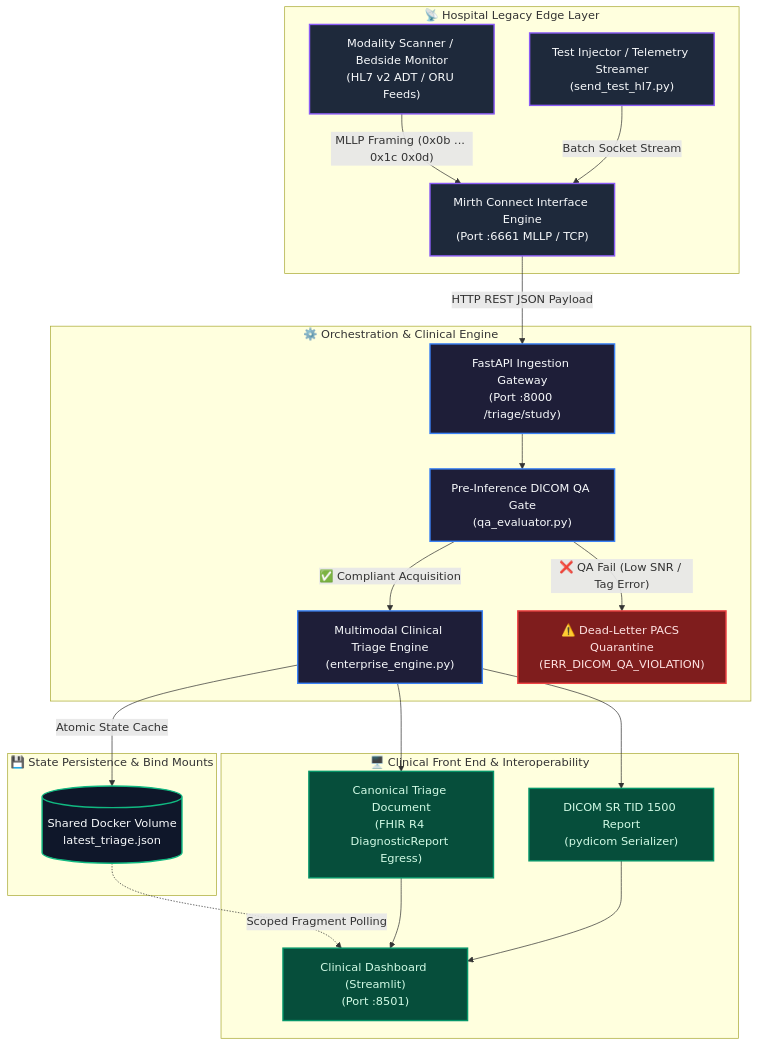
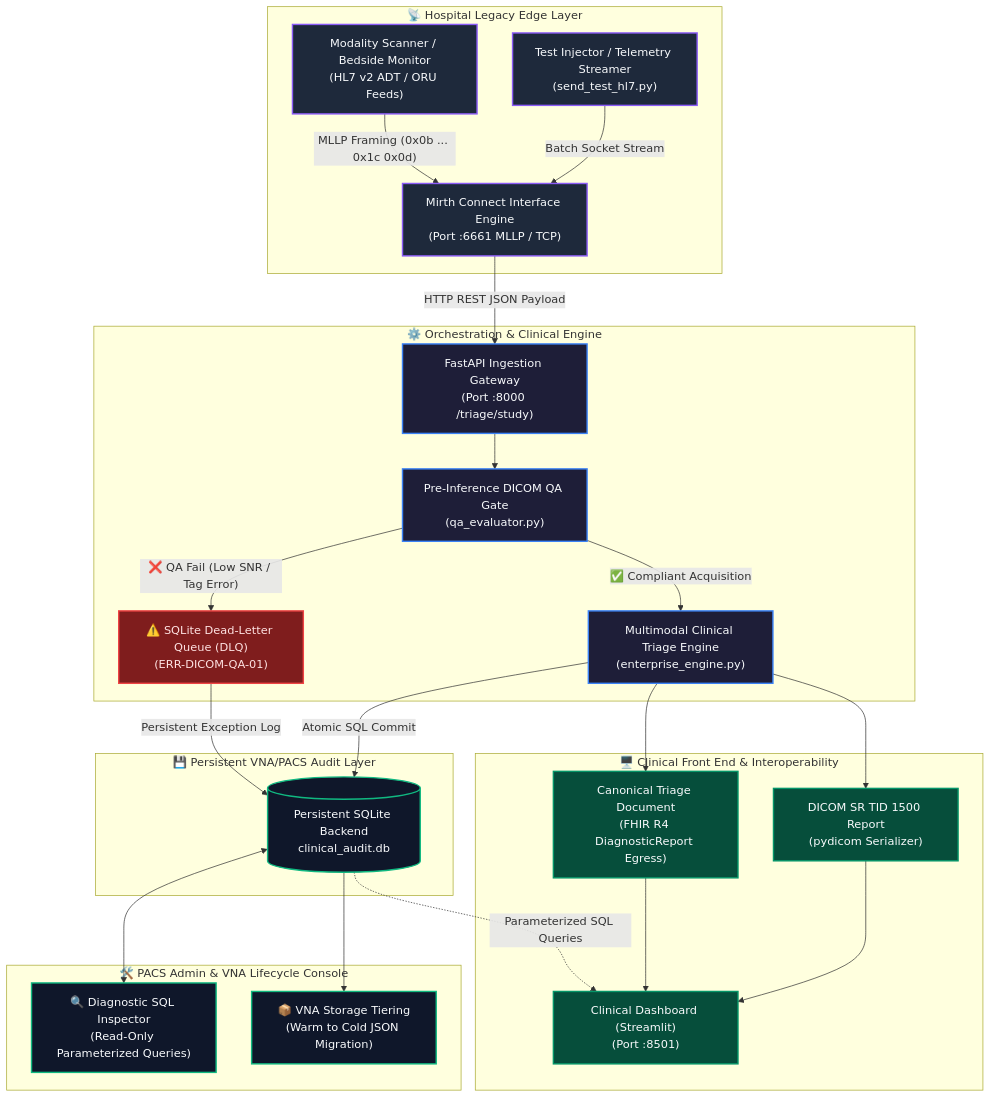
The diagram in README.md (dammyoguntuyi-ui/Clinical-AI-Triage-Pipeline), drawn with Mermaid before and after one commit. The commit also changed other lines of this file and 2 other files, not shown here.

Commit message:
docs: update README with persistent SQLite architecture, DLQ, SQL inspector, and VNA storage tiering

````diff
--- a/README.md
+++ b/README.md
@@ -36,52 +38,61 @@
 ```mermaid
 flowchart TD
     subgraph Ingress["📡 Hospital Legacy Edge Layer"]
         Scanner["Modality Scanner / Bedside Monitor<br/>(HL7 v2 ADT / ORU Feeds)"]
         Streamer["Test Injector / Telemetry Streamer<br/>(send_test_hl7.py)"]
         Mirth["Mirth Connect Interface Engine<br/>(Port :6661 MLLP / TCP)"]
         
         Scanner -->|"MLLP Framing (0x0b ... 0x1c 0x0d)"| Mirth
         Streamer -->|"Batch Socket Stream"| Mirth
     end
 
     subgraph Orchestration["⚙️ Orchestration & Clinical Engine"]
         FastAPI["FastAPI Ingestion Gateway<br/>(Port :8000 /triage/study)"]
         QAGate["Pre-Inference DICOM QA Gate<br/>(qa_evaluator.py)"]
         TriageEngine["Multimodal Clinical Triage Engine<br/>(enterprise_engine.py)"]
-        Quarantine["⚠️ Dead-Letter PACS Quarantine<br/>(ERR_DICOM_QA_VIOLATION)"]
+        Quarantine["⚠️ SQLite Dead-Letter Queue (DLQ)<br/>(ERR-DICOM-QA-01)"]
         
         Mirth -->|"HTTP REST JSON Payload"| FastAPI
         FastAPI --> QAGate
         QAGate -->|"❌ QA Fail (Low SNR / Tag Error)"| Quarantine
         QAGate -->|"✅ Compliant Acquisition"| TriageEngine
     end
 
-    subgraph State["💾 State Persistence & Bind Mounts"]
-        StateFile[("Shared Docker Volume<br/>latest_triage.json")]
-        TriageEngine -->|"Atomic State Cache"| StateFile
+    subgraph Persistence["💾 Persistent VNA/PACS Audit Layer"]
+        SQLDB[("Persistent SQLite Backend<br/>clinical_audit.db")]
+        TriageEngine -->|"Atomic SQL Commit"| SQLDB
+        Quarantine -->|"Persistent Exception Log"| SQLDB
+    end
+
+    subgraph Governance["🛠️ PACS Admin & VNA Lifecycle Console"]
+        SQLInspector["🔍 Diagnostic SQL Inspector<br/>(Read-Only Parameterized Queries)"]
+        VNAMigration["📦 VNA Storage Tiering<br/>(Warm to Cold JSON Migration)"]
+        
+        SQLDB <--> SQLInspector
+        SQLDB --> VNAMigration
     end
 
     subgraph Egress["🖥️ Clinical Front End & Interoperability"]
         UI["Clinical Dashboard (Streamlit)<br/>(Port :8501)"]
         FHIRReport["Canonical Triage Document<br/>(FHIR R4 DiagnosticReport Egress)"]
         DICOMSR["DICOM SR TID 1500 Report<br/>(pydicom Serializer)"]
         
-        StateFile -.->|"Scoped Fragment Polling"| UI
+        SQLDB -.->|"Parameterized SQL Queries"| UI
         TriageEngine --> FHIRReport
         TriageEngine --> DICOMSR
         FHIRReport --> UI
         DICOMSR --> UI
     end
 
     classDef edge fill:#1e293b,stroke:#8b5cf6,stroke-width:2px,color:#f8fafc;
     classDef orch fill:#1e1e38,stroke:#3b82f6,stroke-width:2px,color:#f8fafc;
     classDef danger fill:#7f1d1d,stroke:#ef4444,stroke-width:2px,color:#fee2e2;
     classDef state fill:#0f172a,stroke:#10b981,stroke-width:2px,color:#f8fafc;
-    classDef egress fill:#064e3b,stroke:#059669,stroke-width:2px,color:#d1fae5;
+    classDef egress fill:#064e3b,stroke:#059669,stroke-width:2px,color:#f8fafc;
 
     class Scanner,Streamer,Mirth edge;
     class FastAPI,QAGate,TriageEngine orch;
     class Quarantine danger;
-    class StateFile state;
+    class SQLDB,SQLInspector,VNAMigration state;
     class UI,FHIRReport,DICOMSR egress;
 ```
````
